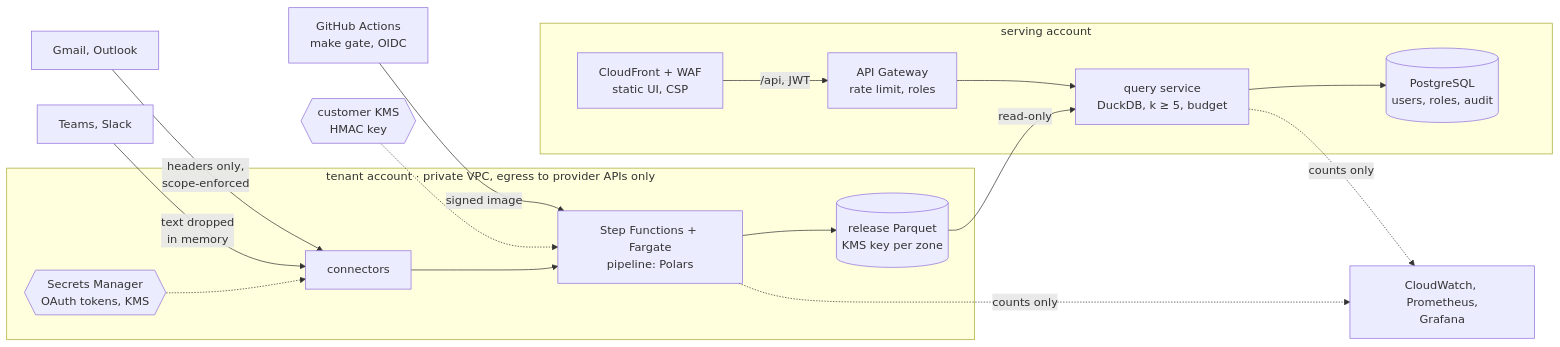
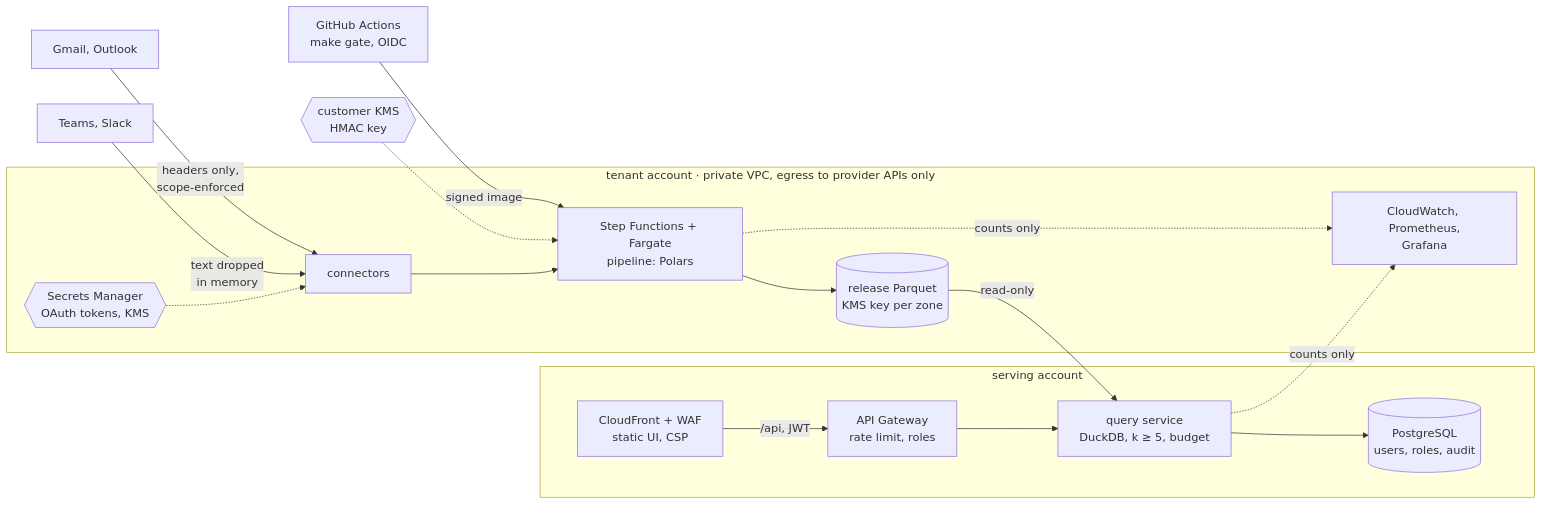
Before and after one commit to marcusvieira88/network-science: the third of 3 diagrams in README.md, drawn with Mermaid.

Commit message:
Docs: draw observability inside the tenant account in the README AWS diagram

````diff
--- a/README.md
+++ b/README.md
@@ -184,18 +184,18 @@
 ```mermaid
 flowchart LR
     MAIL["Gmail, Outlook"] -->|"headers only,<br/>scope-enforced"| CON
     CHAT["Teams, Slack"] -->|"text dropped<br/>in memory"| CON
     CI["GitHub Actions<br/>make gate, OIDC"] -->|signed image| SFN
     KMS{{"customer KMS<br/>HMAC key"}} -.-> SFN
     subgraph W["tenant account · private VPC, egress to provider APIs only"]
         SM{{"Secrets Manager<br/>OAuth tokens, KMS"}} -.-> CON["connectors"]
         CON --> SFN["Step Functions + Fargate<br/>pipeline: Polars"] --> REL[("release Parquet<br/>KMS key per zone")]
+        OBS["CloudWatch, Prometheus,<br/>Grafana"]
     end
     subgraph SV["serving account"]
         CF["CloudFront + WAF<br/>static UI, CSP"] -->|"/api, JWT"| API["API Gateway<br/>rate limit, roles"] --> Q["query service<br/>DuckDB, k ≥ 5, budget"]
         Q --> PG[("PostgreSQL<br/>users, roles, audit")]
     end
     REL -->|read-only| Q
-    OBS["CloudWatch, Prometheus,<br/>Grafana"]
     SFN & Q -.->|counts only| OBS
 ```
````
